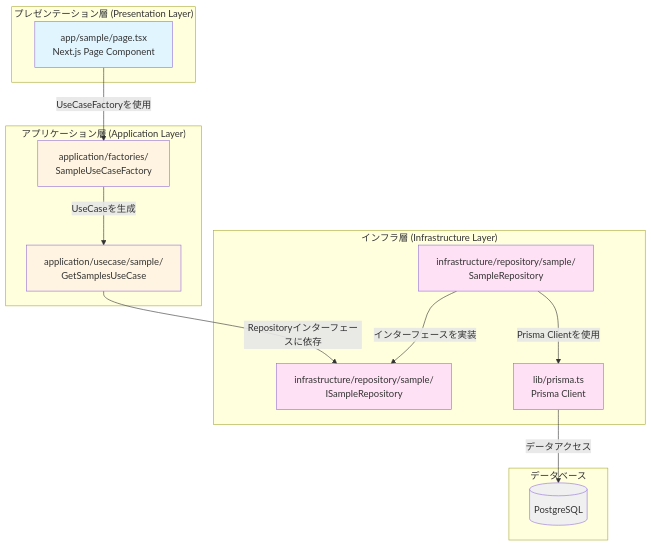
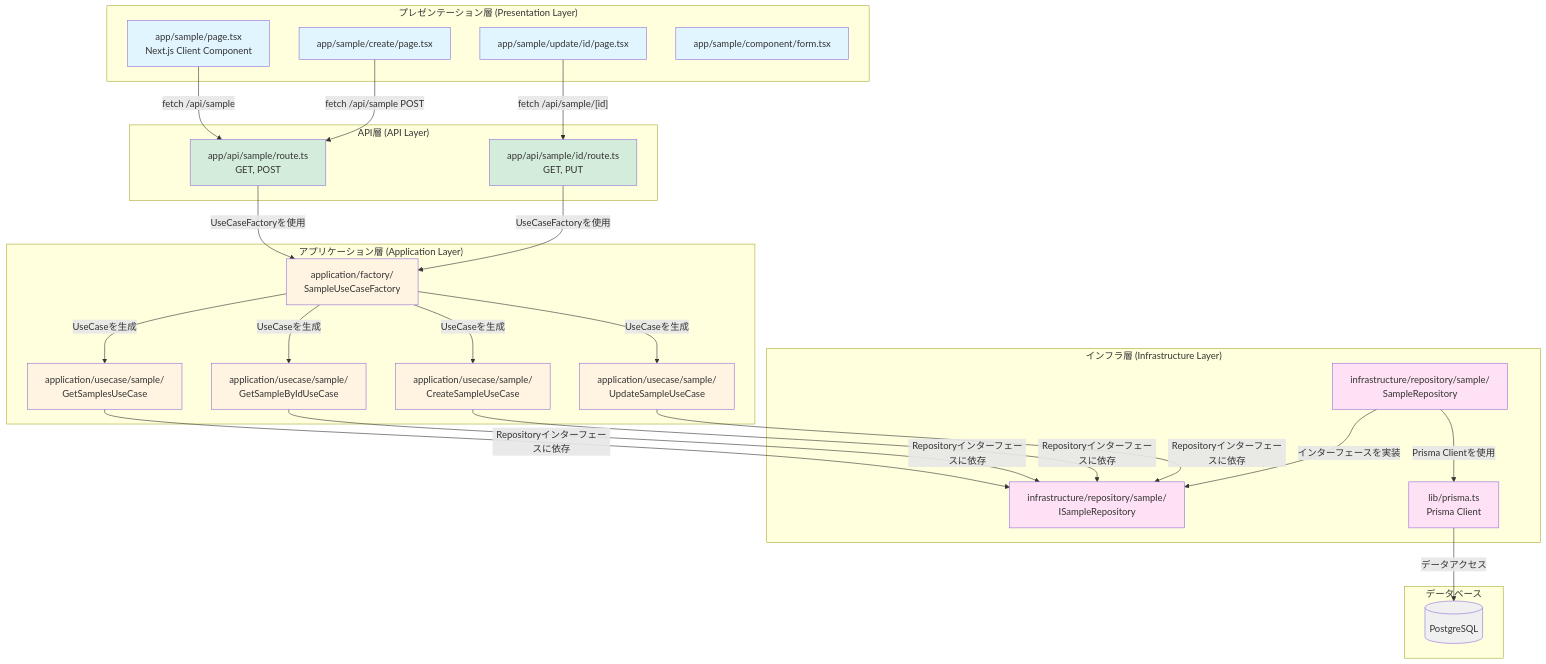
One commit to RyotaIhara/my-next-template-app changed the first of 2 diagrams in README.md. Above: the diagram before and after it, drawn with Mermaid. The commit also changed other lines of this file and 3 other files, not shown here.

````diff
--- a/README.md
+++ b/README.md
@@ -12,36 +12,69 @@
 ```mermaid
 graph TB
     subgraph "プレゼンテーション層 (Presentation Layer)"
-        A[app/sample/page.tsx<br/>Next.js Page Component]
+        A["app/sample/page.tsx<br/>Next.js Client Component"]
+        A1["app/sample/create/page.tsx"]
+        A2["app/sample/update/id/page.tsx"]
+        A3["app/sample/component/form.tsx"]
+    end
+    
+    subgraph "API層 (API Layer)"
+        API1["app/api/sample/route.ts<br/>GET, POST"]
+        API2["app/api/sample/id/route.ts<br/>GET, PUT"]
     end
     
     subgraph "アプリケーション層 (Application Layer)"
-        B[application/factories/<br/>SampleUseCaseFactory]
-        C[application/usecase/sample/<br/>GetSamplesUseCase]
+        B[application/factory/<br/>SampleUseCaseFactory]
+        C1[application/usecase/sample/<br/>GetSamplesUseCase]
+        C2[application/usecase/sample/<br/>GetSampleByIdUseCase]
+        C3[application/usecase/sample/<br/>CreateSampleUseCase]
+        C4[application/usecase/sample/<br/>UpdateSampleUseCase]
     end
     
     subgraph "インフラ層 (Infrastructure Layer)"
         D[infrastructure/repository/sample/<br/>ISampleRepository]
         E[infrastructure/repository/sample/<br/>SampleRepository]
         F[lib/prisma.ts<br/>Prisma Client]
     end
     
     subgraph "データベース"
         G[(PostgreSQL)]
     end
     
-    A -->|"UseCaseFactoryを使用"| B
-    B -->|"UseCaseを生成"| C
-    C -->|"Repositoryインターフェースに依存"| D
+    A -->|"fetch /api/sample"| API1
+    A1 -->|"fetch /api/sample POST"| API1
+    A2 -->|"fetch /api/sample/[id]"| API2
+    
+    API1 -->|"UseCaseFactoryを使用"| B
+    API2 -->|"UseCaseFactoryを使用"| B
+    
+    B -->|"UseCaseを生成"| C1
+    B -->|"UseCaseを生成"| C2
+    B -->|"UseCaseを生成"| C3
+    B -->|"UseCaseを生成"| C4
+    
+    C1 -->|"Repositoryインターフェースに依存"| D
+    C2 -->|"Repositoryインターフェースに依存"| D
+    C3 -->|"Repositoryインターフェースに依存"| D
+    C4 -->|"Repositoryインターフェースに依存"| D
+    
     E -->|"インターフェースを実装"| D
     E -->|"Prisma Clientを使用"| F
     F -->|"データアクセス"| G
     
     style A fill:#e1f5ff
+    style A1 fill:#e1f5ff
+    style A2 fill:#e1f5ff
+    style A3 fill:#e1f5ff
+    style API1 fill:#d4edda
+    style API2 fill:#d4edda
     style B fill:#fff4e1
-    style C fill:#fff4e1
+    style C1 fill:#fff4e1
+    style C2 fill:#fff4e1
+    style C3 fill:#fff4e1
+    style C4 fill:#fff4e1
     style D fill:#ffe1f5
     style E fill:#ffe1f5
     style F fill:#ffe1f5
     style G fill:#f0f0f0
 ```
````
